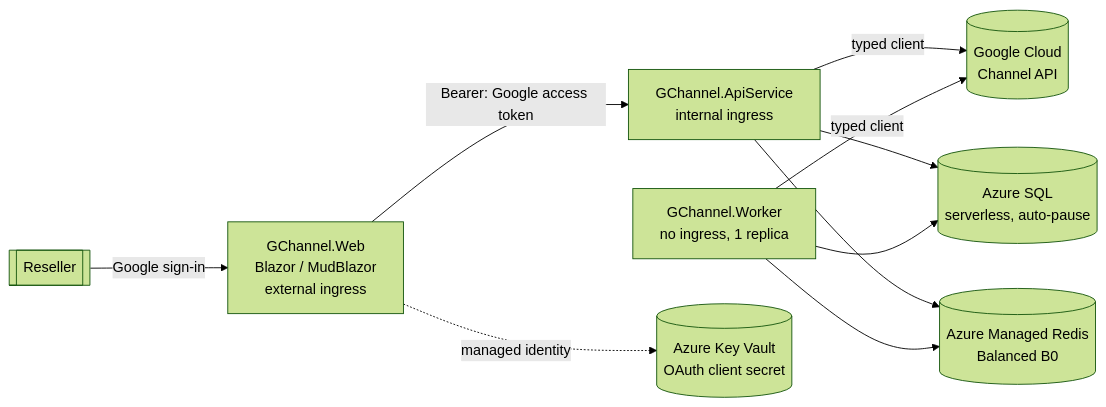
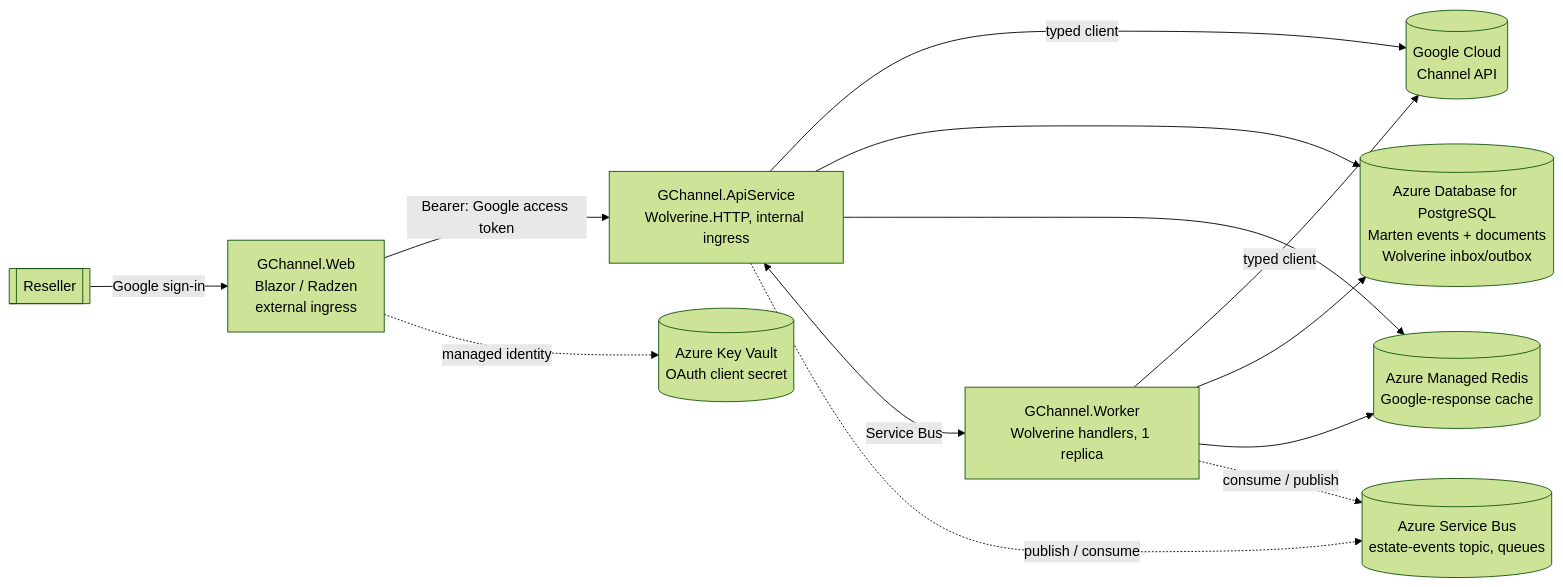
Before and after one commit to tdsnxnielsen-mikkelbach/GChannel: the diagram in docs/architecture.md, drawn with Mermaid (forest theme). The commit also changed other lines of this file and 183 other files, not shown here.

First line of the commit message:
platform: Critter Stack backend (Marten/Wolverine on PostgreSQL + Service Bus) and Radzen UI (#1)

````diff
--- a/docs/architecture.md
+++ b/docs/architecture.md
@@ -34,12 +40,15 @@
 ```mermaid
 flowchart LR
-    User[[Reseller]] -- Google sign-in --> Web[GChannel.Web<br/>Blazor / MudBlazor<br/>external ingress]
-    Web -- Bearer: Google access token --> Api[GChannel.ApiService<br/>internal ingress]
+    User[[Reseller]] -- Google sign-in --> Web[GChannel.Web<br/>Blazor / Radzen<br/>external ingress]
+    Web -- Bearer: Google access token --> Api[GChannel.ApiService<br/>Wolverine.HTTP, internal ingress]
     Api -- typed client --> Google[(Google Cloud<br/>Channel API)]
-    Worker[GChannel.Worker<br/>no ingress, 1 replica] -- typed client --> Google
-    Api --> Sql[(Azure SQL<br/>serverless, auto-pause)]
-    Api --> Redis[(Azure Managed Redis<br/>Balanced B0)]
-    Worker --> Sql
+    Worker[GChannel.Worker<br/>Wolverine handlers, 1 replica] -- typed client --> Google
+    Api --> Pg[(Azure Database for PostgreSQL<br/>Marten events + documents<br/>Wolverine inbox/outbox)]
+    Api --> Redis[(Azure Managed Redis<br/>Google-response cache)]
+    Api <-- Service Bus --> Worker
+    Worker --> Pg
     Worker --> Redis
+    Api -. publish / consume .-> Sb[(Azure Service Bus<br/>estate-events topic, queues)]
+    Worker -. consume / publish .-> Sb
     Web -. managed identity .-> Kv[(Azure Key Vault<br/>OAuth client secret)]
 ```
````
